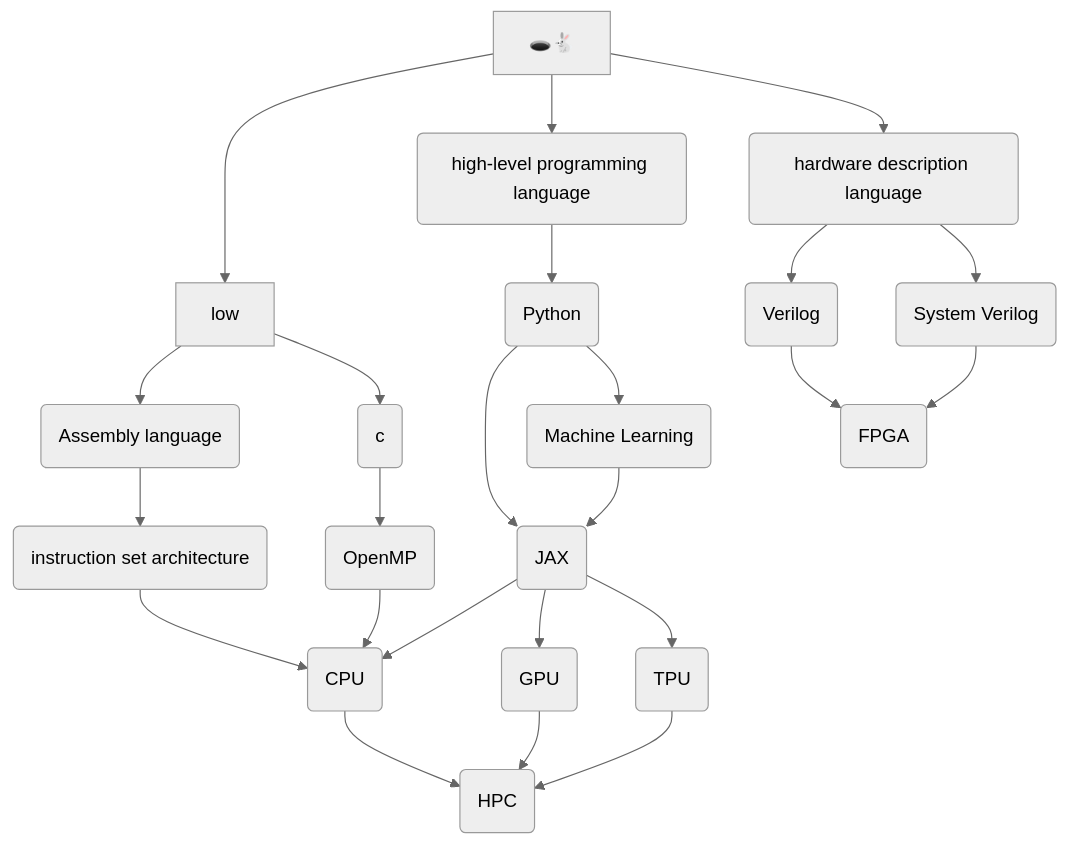
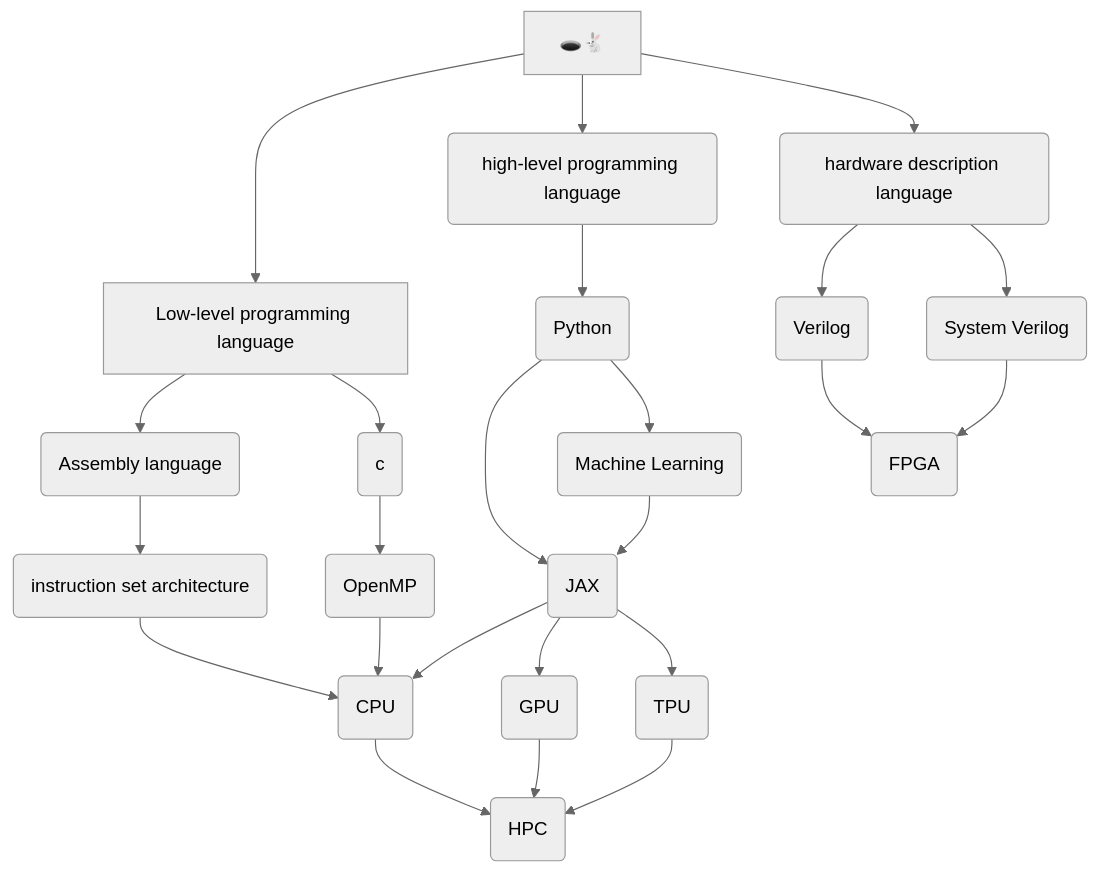
The diagram in content/index.md (gpullela/quartz), drawn with Mermaid (neutral theme) before and after one commit.

Commit message:
Quartz sync: Nov 9, 2023, 1:33 AM

````diff
--- a/content/index.md
+++ b/content/index.md
@@ -23,13 +23,13 @@
 ```mermaid
 graph TB;
-A["🕳️🐇"] --> low & high(high-level programming language) & hw(hardware description language);
+A["🕳️🐇"] --> low["Low-level programming language"] & high(high-level programming language) & hw(hardware description language);
 low --> asm(Assembly language) & c(c);
 c --> omp(OpenMP) --> cpu(CPU);
 asm --> isa(instruction set architecture) --> cpu;
 high --> py(Python) --> jax(JAX) & ml(Machine Learning);
 ml --> jax --> cpu & gpu(GPU) & tpu(TPU);
 cpu & gpu & tpu --> hpc(HPC);
 hw --> v(Verilog) & sv(System Verilog) --> fpga(FPGA);
 class high,hw,asm,c,omp,cpu,isa,py,jax,ml,gpu,tpu,hpc,v,sv,fpga internal-links;
-click low href "./content/Engineering/low-level programming language";
+click low href "./content/Engineering/low-level-programming-language";
 ```
````
